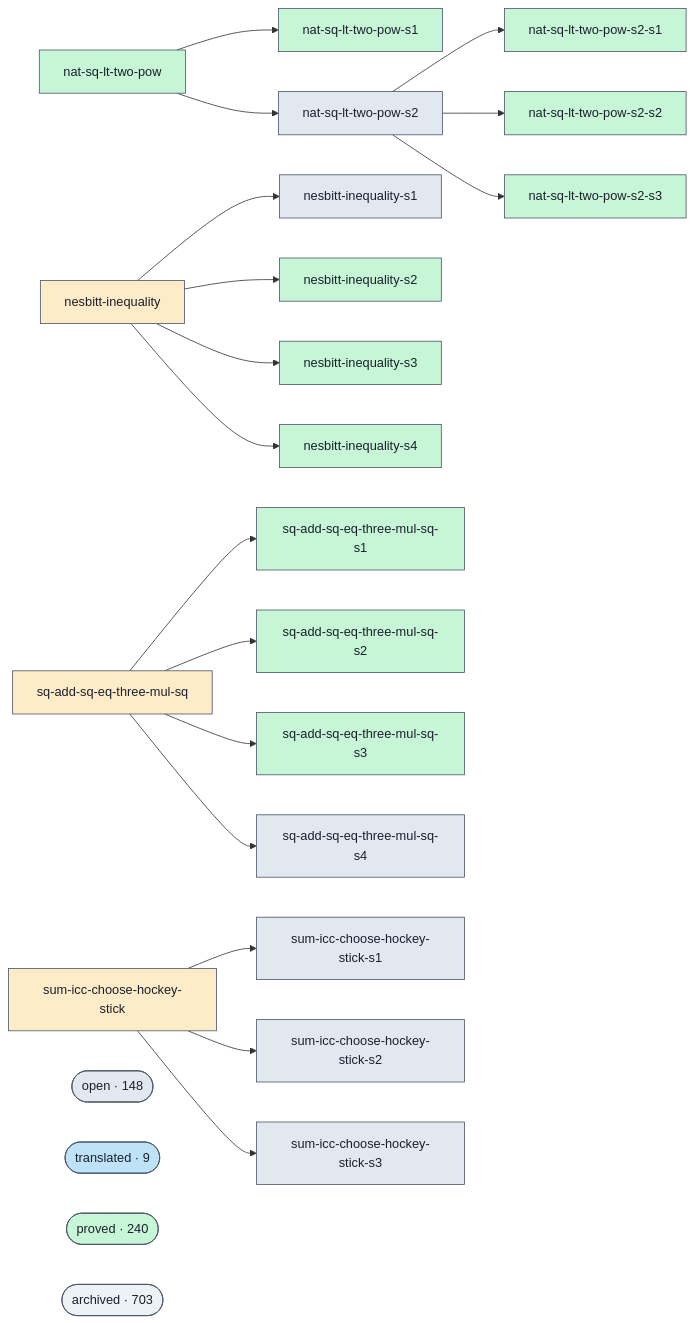
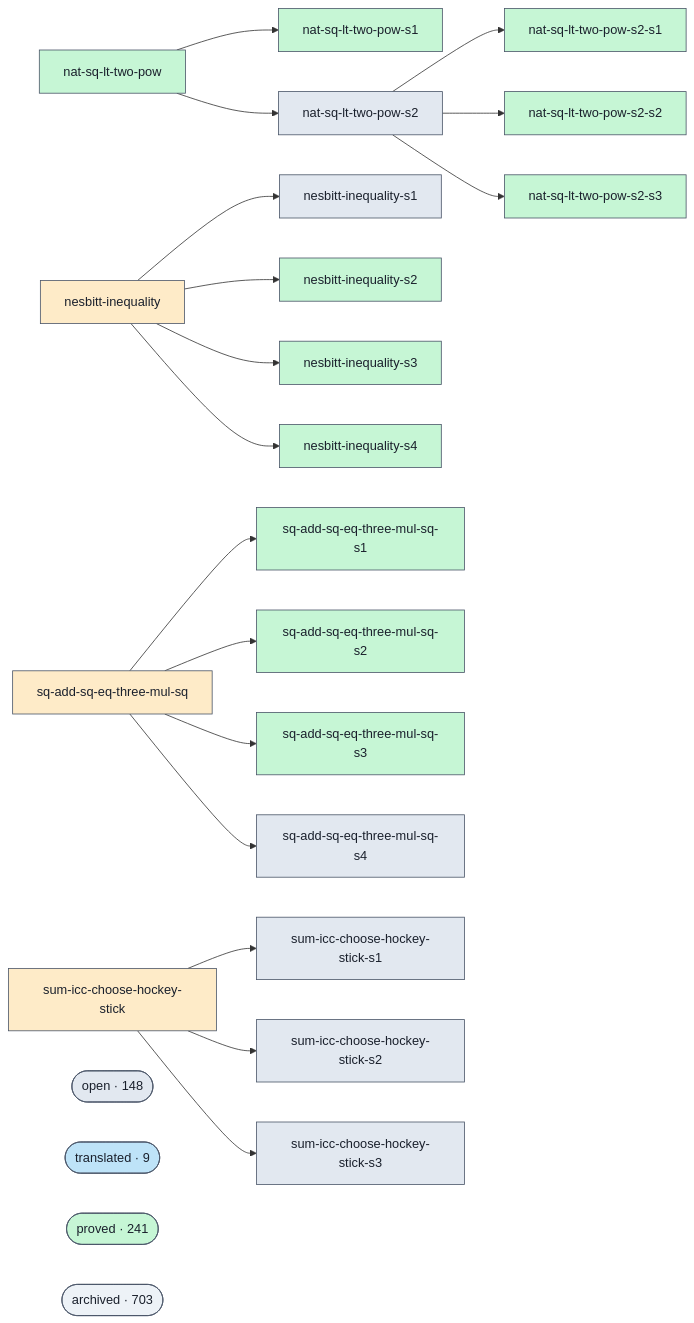
Before and after one commit to ohdearquant/unsorry: the diagram in docs/proofs-contributors-visualisation.md, drawn with Mermaid. The commit also changed other lines of this file and 2 other files, not shown here.

```diff
--- a/docs/proofs-contributors-visualisation.md
+++ b/docs/proofs-contributors-visualisation.md
@@ -102,7 +102,7 @@
   class cluster_open open;
   cluster_translated(["translated · 9"])
   class cluster_translated translated;
-  cluster_proved(["proved · 240"])
+  cluster_proved(["proved · 241"])
   class cluster_proved proved;
   cluster_archived(["archived · 703"])
   class cluster_archived unknown;
```
